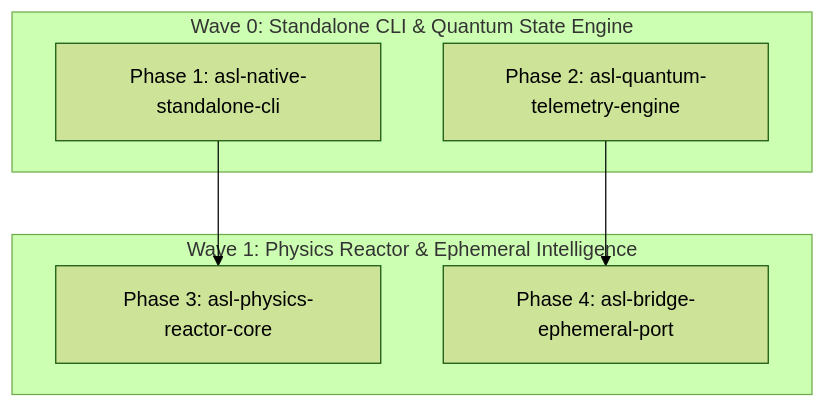
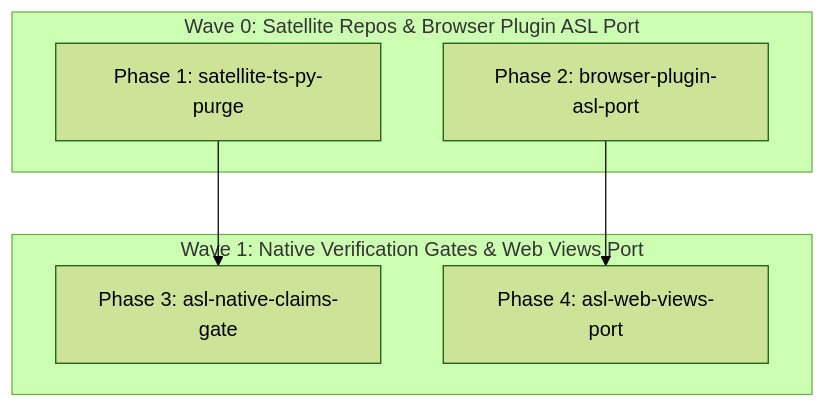
One commit to GenSEAM/asl changed the diagram in .plans/PHASES.md. Above: the diagram before and after it, drawn with Mermaid (forest theme). The commit also changed other lines of this file and 3 other files, not shown here.

Commit message:
feat(web): port architecture and ecosystem views to pure ASL

````diff
--- a/.plans/PHASES.md
+++ b/.plans/PHASES.md
@@ -8,13 +8,13 @@
 ```mermaid
 graph TD
-    subgraph Wave 0 [Wave 0: Standalone CLI & Quantum State Engine]
-        P1[Phase 1: asl-native-standalone-cli]
-        P2[Phase 2: asl-quantum-telemetry-engine]
+    subgraph Wave 0 [Wave 0: Satellite Repos & Browser Plugin ASL Port]
+        P1[Phase 1: satellite-ts-py-purge]
+        P2[Phase 2: browser-plugin-asl-port]
     end
-    subgraph Wave 1 [Wave 1: Physics Reactor & Ephemeral Intelligence]
-        P3[Phase 3: asl-physics-reactor-core]
-        P4[Phase 4: asl-bridge-ephemeral-port]
+    subgraph Wave 1 [Wave 1: Native Verification Gates & Web Views Port]
+        P3[Phase 3: asl-native-claims-gate]
+        P4[Phase 4: asl-web-views-port]
     end
     P1 --> P3
     P2 --> P4
 ```
````
